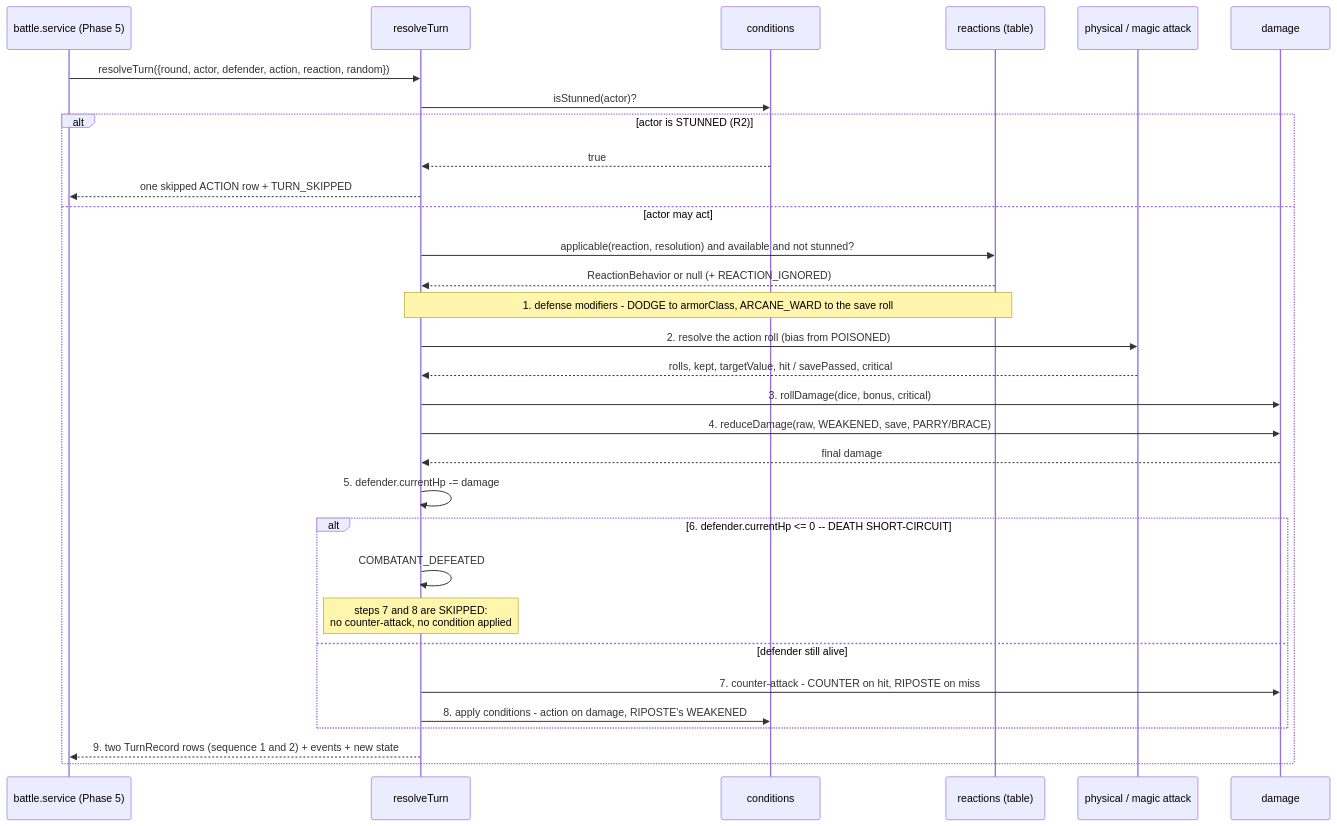
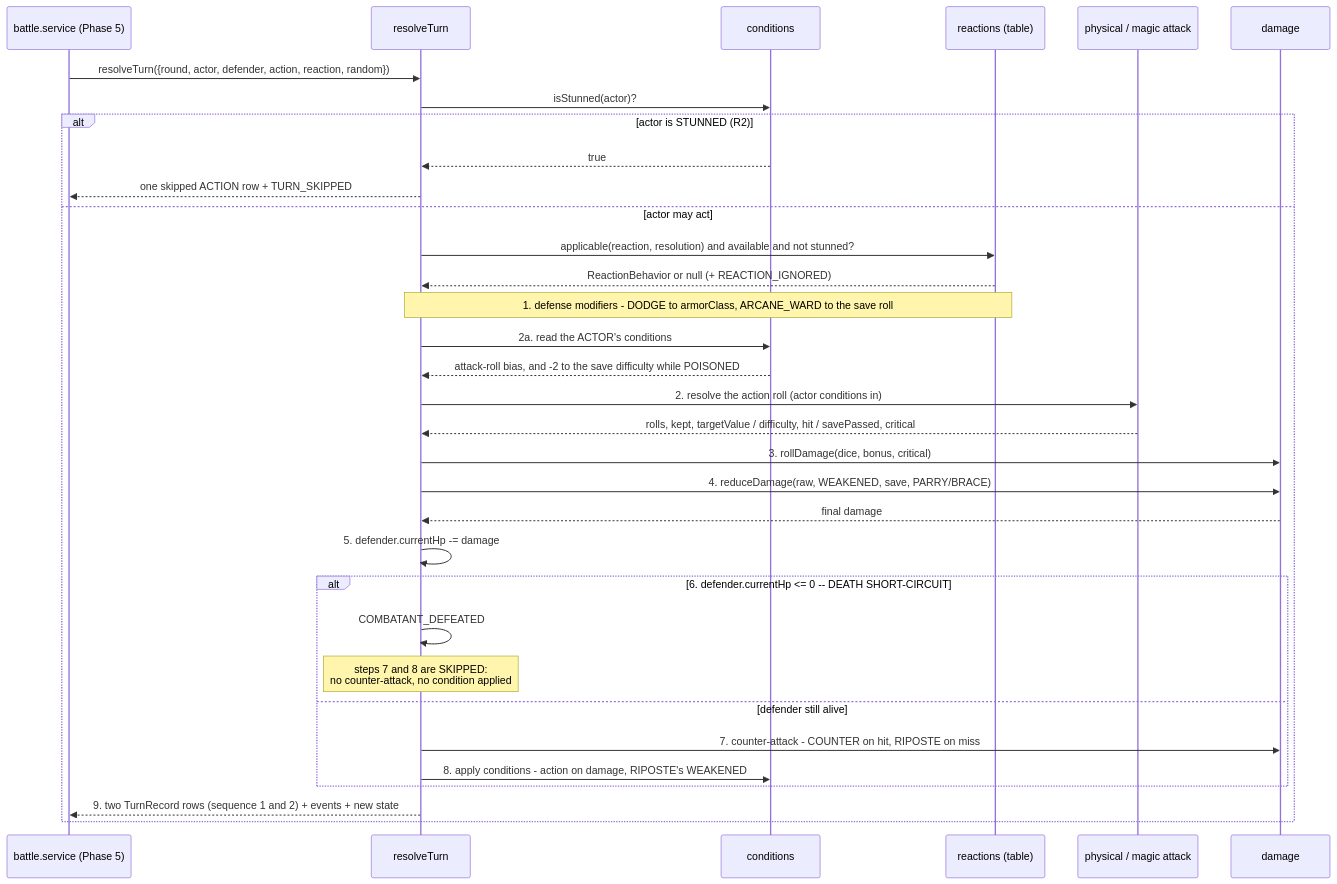
One commit to Agustin742/build-arena-api changed the diagram in openspec/changes/add-combat-engine/design.md. Above: the diagram before and after it, drawn with Mermaid. The commit also changed other lines of this file and 3 other files, not shown here.

````diff
--- a/openspec/changes/add-combat-engine/design.md
+++ b/openspec/changes/add-combat-engine/design.md
@@ -270,38 +308,40 @@
 ```mermaid
 sequenceDiagram
     participant P5 as battle.service (Phase 5)
     participant T as resolveTurn
     participant C as conditions
     participant R as reactions (table)
     participant A as physical / magic attack
     participant D as damage
 
     P5->>T: resolveTurn({round, actor, defender, action, reaction, random})
     T->>C: isStunned(actor)?
 
     alt actor is STUNNED (R2)
         C-->>T: true
         T-->>P5: one skipped ACTION row + TURN_SKIPPED
     else actor may act
         T->>R: applicable(reaction, resolution) and available and not stunned?
         R-->>T: ReactionBehavior or null (+ REACTION_IGNORED)
 
         Note over T,R: 1. defense modifiers - DODGE to armorClass, ARCANE_WARD to the save roll
-        T->>A: 2. resolve the action roll (bias from POISONED)
-        A-->>T: rolls, kept, targetValue, hit / savePassed, critical
+        T->>C: 2a. read the ACTOR's conditions
+        C-->>T: attack-roll bias, and -2 to the save difficulty while POISONED
+        T->>A: 2. resolve the action roll (actor conditions in)
+        A-->>T: rolls, kept, targetValue / difficulty, hit / savePassed, critical
         T->>D: 3. rollDamage(dice, bonus, critical)
         T->>D: 4. reduceDamage(raw, WEAKENED, save, PARRY/BRACE)
         D-->>T: final damage
         T->>T: 5. defender.currentHp -= damage
 
         alt 6. defender.currentHp <= 0 -- DEATH SHORT-CIRCUIT
             T->>T: COMBATANT_DEFEATED
             Note over T: steps 7 and 8 are SKIPPED:<br/>no counter-attack, no condition applied
         else defender still alive
             T->>D: 7. counter-attack - COUNTER on hit, RIPOSTE on miss
             T->>C: 8. apply conditions - action on damage, RIPOSTE's WEAKENED
         end
 
         T-->>P5: 9. two TurnRecord rows (sequence 1 and 2) + events + new state
     end
 ```
````
